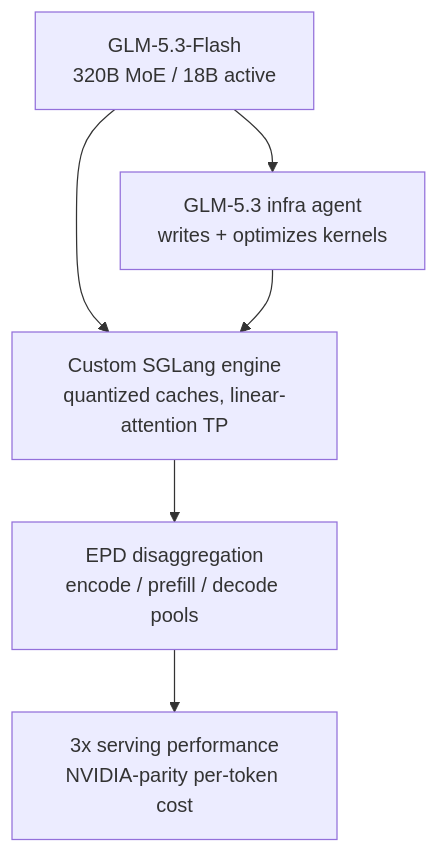
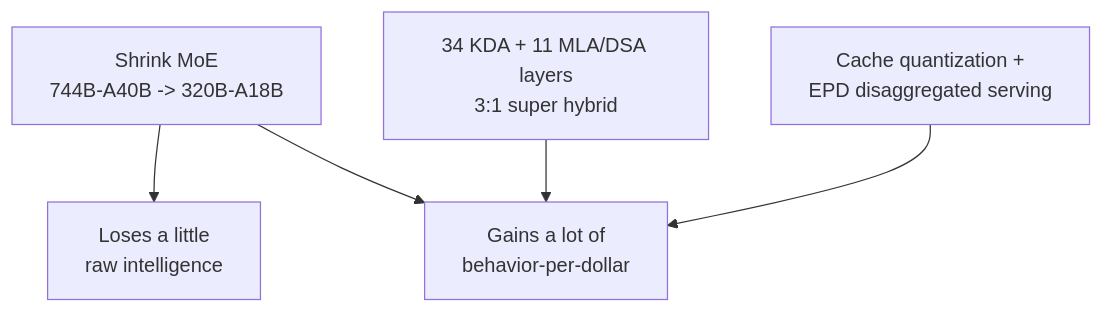
One commit to ApexYash11/portfolio changed the second of 2 diagrams in content/inference-engineering.mdx. Above: the diagram before and after it, drawn with Mermaid. The commit also changed other lines of this file and 2 other files, not shown here.

First line of the commit message:
refactor(blog): recenter on intelligence-vs-behavior thesis over GLM promotion

````diff
--- a/content/inference-engineering.mdx
+++ b/content/inference-engineering.mdx
@@ -62,8 +62,7 @@
 ```mermaid
 graph TB
-    M["GLM-5.3-Flash<br/>320B MoE / 18B active"] --> S["Custom SGLang engine<br/>quantized caches, linear-attention TP"]
-    S --> P["EPD disaggregation<br/>encode / prefill / decode pools"]
-    P --> H["3x serving performance<br/>NVIDIA-parity per-token cost"]
-    M --> A2["GLM-5.3 infra agent<br/>writes + optimizes kernels"]
-    A2 --> S
+    S["Shrink MoE<br/>744B-A40B -> 320B-A18B"] --> L["Loses a little<br/>raw intelligence"]
+    S --> W["Gains a lot of<br/>behavior-per-dollar"]
+    H["34 KDA + 11 MLA/DSA layers<br/>3:1 super hybrid"] --> W
+    Q["Cache quantization +<br/>EPD disaggregated serving"] --> W
 ```
````
